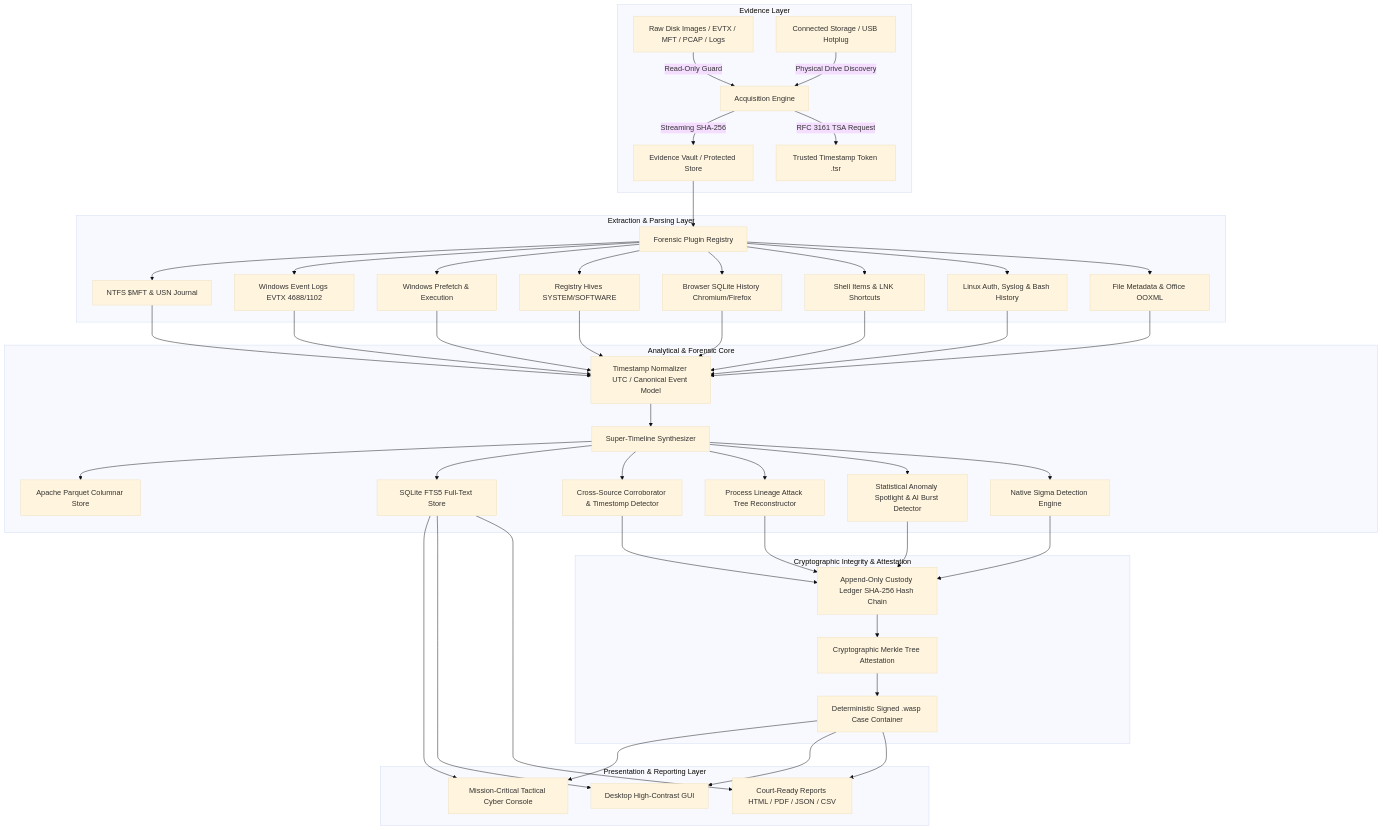
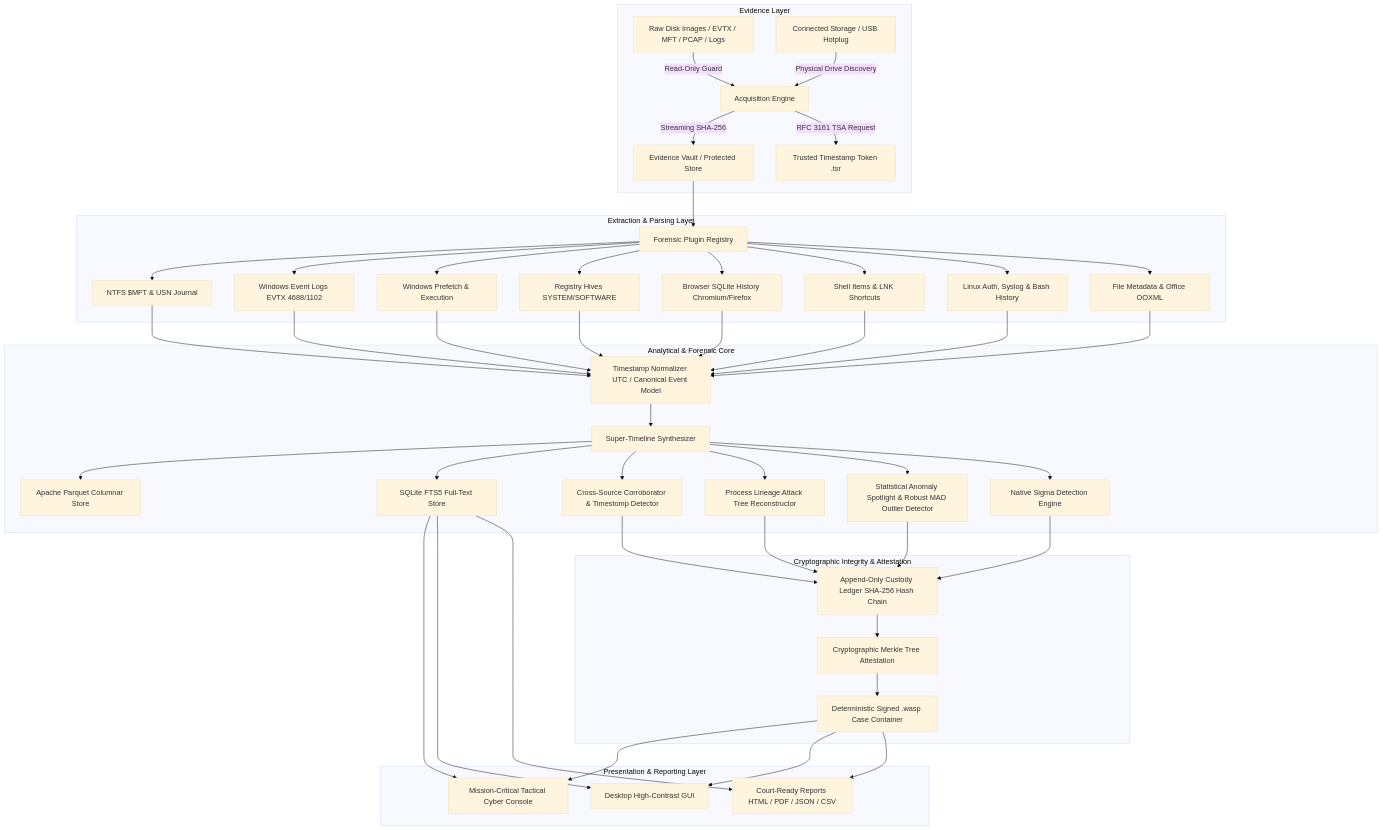
The first of 2 diagrams in README.md (shreeya239/WASP), drawn with Mermaid (base theme) before and after one commit. The commit also changed other lines of this file and 27 other files, not shown here.

````diff
--- a/README.md
+++ b/README.md
@@ -33,45 +33,45 @@
 ```mermaid
 graph TD
     subgraph Evidence Layer
         SRC[Raw Disk Images / EVTX / MFT / PCAP / Logs] -->|Read-Only Guard| ACQ[Acquisition Engine]
         USB[Connected Storage / USB Hotplug] -->|Physical Drive Discovery| ACQ
         ACQ -->|Streaming SHA-256| VAULT[Evidence Vault / Protected Store]
         ACQ -->|RFC 3161 TSA Request| TSA[Trusted Timestamp Token .tsr]
     end
 
     subgraph Extraction & Parsing Layer
         VAULT --> PLUGINS[Forensic Plugin Registry]
         PLUGINS --> P1[NTFS $MFT & USN Journal]
         PLUGINS --> P2[Windows Event Logs EVTX 4688/1102]
         PLUGINS --> P3[Windows Prefetch & Execution]
         PLUGINS --> P4[Registry Hives SYSTEM/SOFTWARE]
         PLUGINS --> P5[Browser SQLite History Chromium/Firefox]
         PLUGINS --> P6[Shell Items & LNK Shortcuts]
         PLUGINS --> P7[Linux Auth, Syslog & Bash History]
         PLUGINS --> P8[File Metadata & Office OOXML]
     end
 
     subgraph Analytical & Forensic Core
         P1 & P2 & P3 & P4 & P5 & P6 & P7 & P8 --> NORM[Timestamp Normalizer UTC / Canonical Event Model]
         NORM --> TIMELINE[Super-Timeline Synthesizer]
         TIMELINE --> STORE_PARQUET[Apache Parquet Columnar Store]
         TIMELINE --> STORE_SQLITE[SQLite FTS5 Full-Text Store]
 
         TIMELINE --> CORROB[Cross-Source Corroborator & Timestomp Detector]
         TIMELINE --> LINEAGE[Process Lineage Attack Tree Reconstructor]
-        TIMELINE --> ANOMALY[Statistical Anomaly Spotlight & AI Burst Detector]
+        TIMELINE --> ANOMALY[Statistical Anomaly Spotlight & Robust MAD Outlier Detector]
         TIMELINE --> SIGMA[Native Sigma Detection Engine]
     end
 
     subgraph Cryptographic Integrity & Attestation
         CORROB & LINEAGE & ANOMALY & SIGMA --> LEDGER[Append-Only Custody Ledger SHA-256 Hash Chain]
         LEDGER --> MERKLE[Cryptographic Merkle Tree Attestation]
         MERKLE --> BUNDLE[Deterministic Signed .wasp Case Container]
     end
 
     subgraph Presentation & Reporting Layer
         BUNDLE & STORE_SQLITE --> WEB[Mission-Critical Tactical Cyber Console]
         BUNDLE & STORE_SQLITE --> GUI[Desktop High-Contrast GUI]
         BUNDLE & STORE_SQLITE --> REP[Court-Ready Reports HTML / PDF / JSON / CSV]
 end
 ```
````
